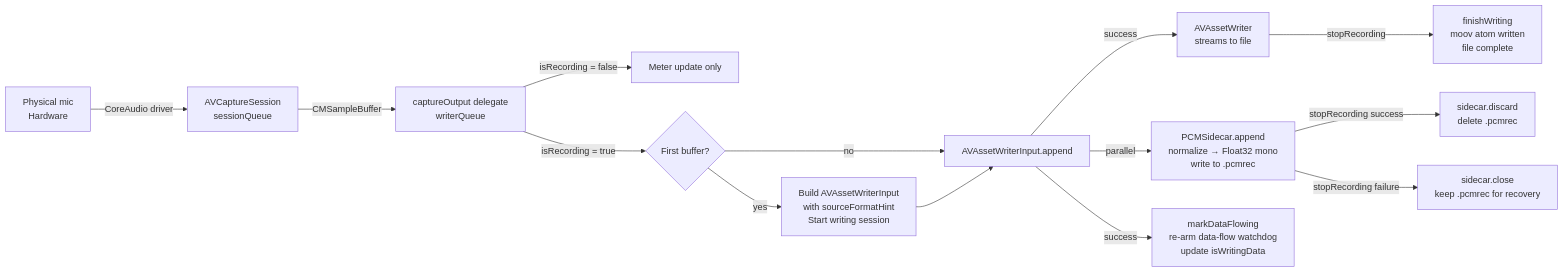
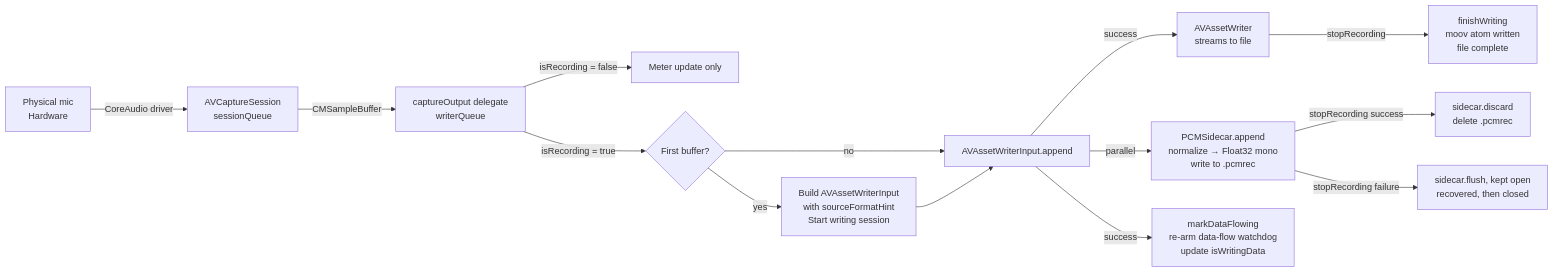
The diagram in docs/THEORY_OF_OPERATION.md (sevmorris/DoublEnder), drawn with Mermaid before and after one commit. The commit also changed other lines of this file and 4 other files, not shown here.

First line of the commit message:
Recovery at STOP: off the main thread, with the sidecar still locked (#59)

````diff
--- a/docs/THEORY_OF_OPERATION.md
+++ b/docs/THEORY_OF_OPERATION.md
@@ -115,16 +115,16 @@
 ```mermaid
 graph LR
     A[Physical mic\nHardware] -->|CoreAudio driver| B[AVCaptureSession\nsessionQueue]
     B -->|CMSampleBuffer| C[captureOutput delegate\nwriterQueue]
     C -->|isRecording = false| D[Meter update only]
     C -->|isRecording = true| E{First buffer?}
     E -->|yes| F[Build AVAssetWriterInput\nwith sourceFormatHint\nStart writing session]
     E -->|no| G[AVAssetWriterInput.append]
     F --> G
     G -->|success| H[AVAssetWriter\nstreams to file]
     G -->|parallel| I[PCMSidecar.append\nnormalize → Float32 mono\nwrite to .pcmrec]
     G -->|success| J[markDataFlowing\nre-arm data-flow watchdog\nupdate isWritingData]
     H -->|stopRecording| K[finishWriting\nmoov atom written\nfile complete]
     I -->|stopRecording success| L[sidecar.discard\ndelete .pcmrec]
-    I -->|stopRecording failure| M[sidecar.close\nkeep .pcmrec for recovery]
+    I -->|stopRecording failure| M[sidecar.flush, kept open\nrecovered, then closed]
 ```
````
